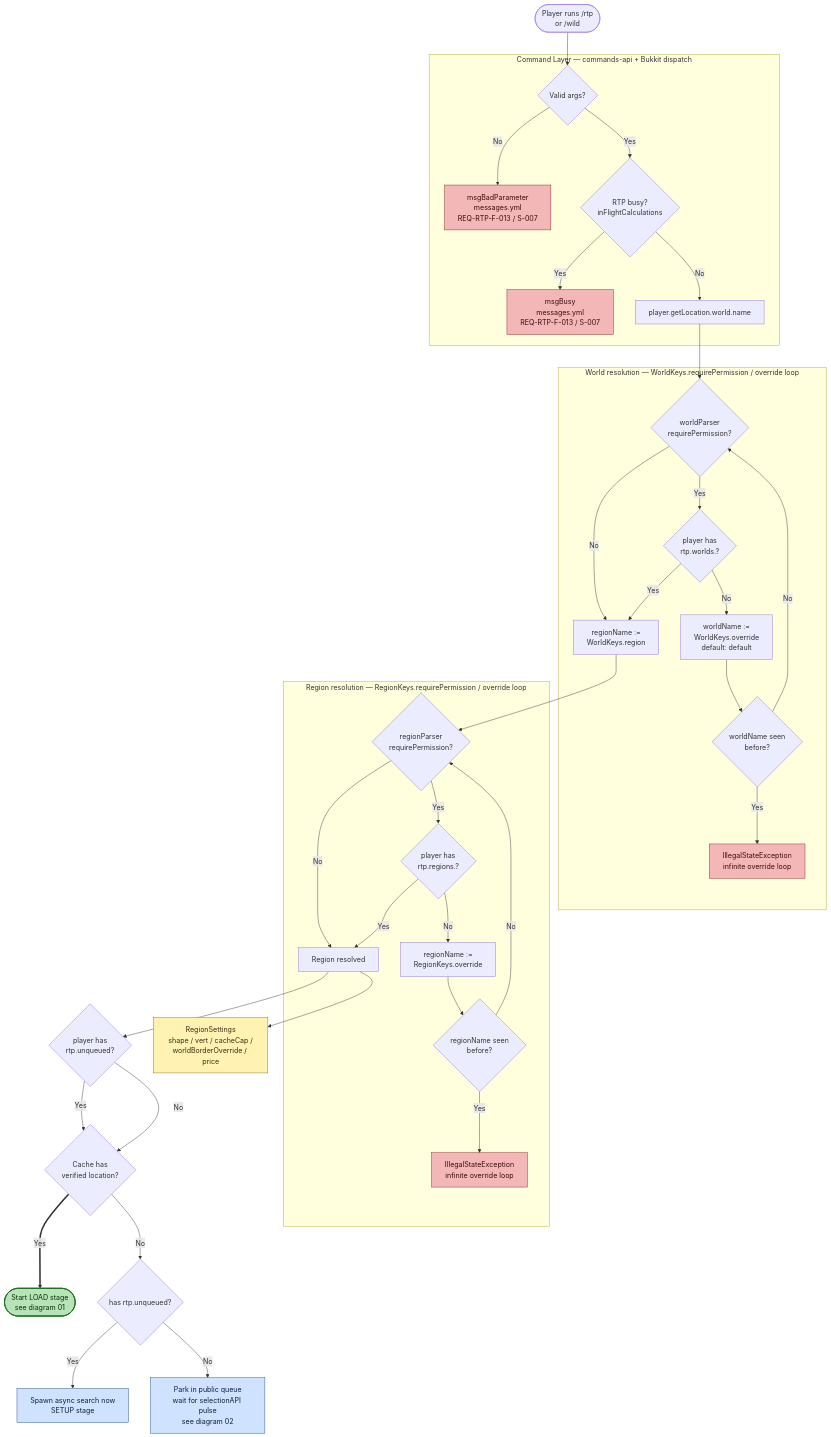
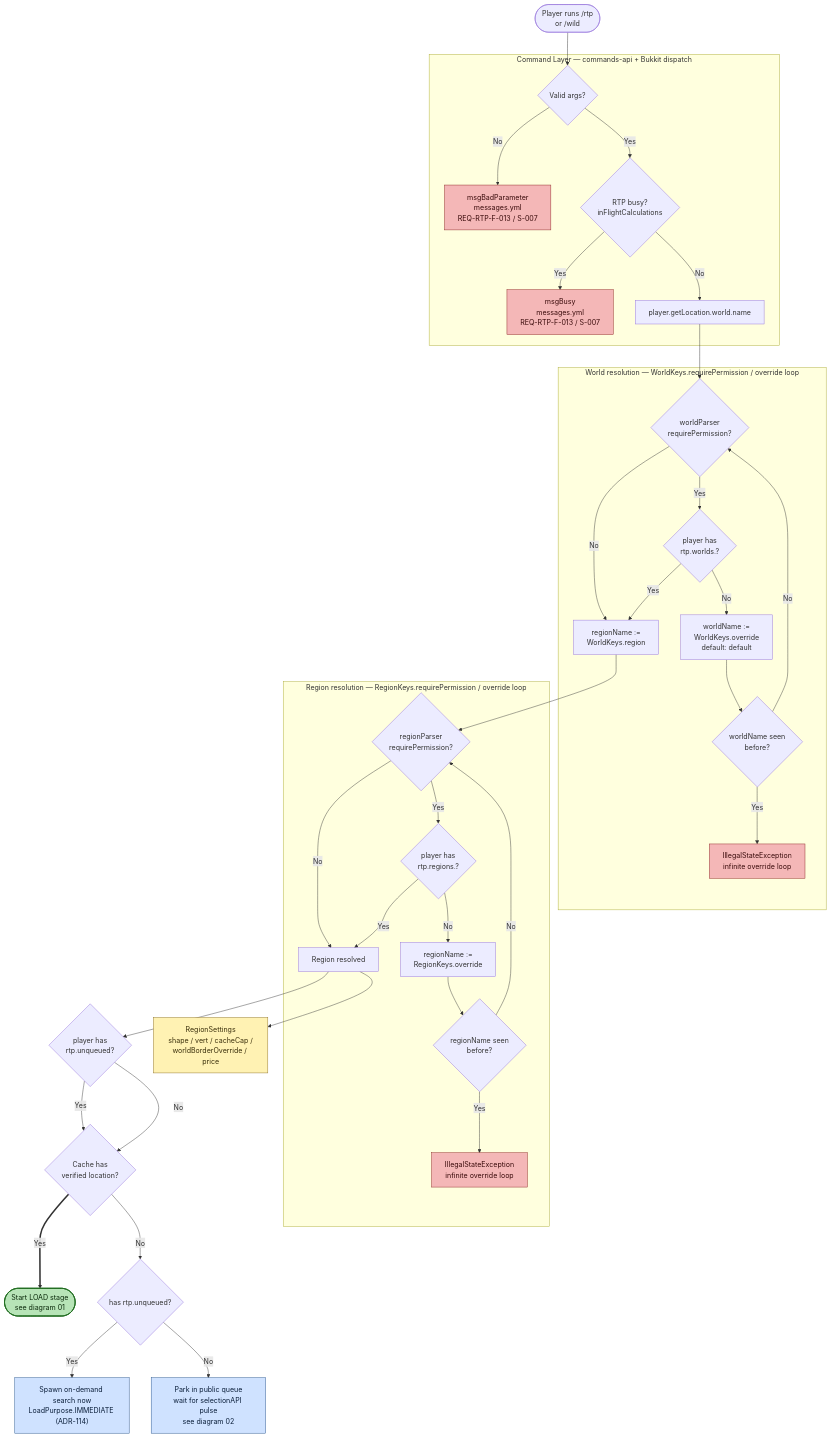
Before and after one commit to DailyStruggle/RTP: the diagram in docs/architecture/07-rtp-command-region-selection.md, drawn with Mermaid. The commit also changed other lines of this file and 223 other files, not shown here.

````diff
--- a/docs/architecture/07-rtp-command-region-selection.md
+++ b/docs/architecture/07-rtp-command-region-selection.md
@@ -11,56 +11,56 @@
 ```mermaid
 flowchart TD
     Start([Player runs /rtp<br/>or /wild]) --> CmdParse
 
 %% 1. Command layer decision
     subgraph CommandLayer [Command Layer — commands-api + Bukkit dispatch]
         CmdParse{Valid args?}
         CmdParse -- No --> MsgBad[msgBadParameter<br/>messages.yml<br/>REQ-RTP-F-013 / S-007]
         CmdParse -- Yes --> BusyCheck{RTP busy?<br/>inFlightCalculations}
         BusyCheck -- Yes --> MsgBusy[msgBusy<br/>messages.yml<br/>REQ-RTP-F-013 / S-007]
         BusyCheck -- No  --> ResolvePlayer
     end
 
 %% 2. World + Region selection (SelectionAPI.getRegion(player))
     subgraph WorldResolution [World resolution — WorldKeys.requirePermission / override loop]
         ResolvePlayer[player.getLocation.world.name] --> WorldPerm{worldParser<br/>requirePermission?}
         WorldPerm -- No  --> PickRegion
         WorldPerm -- Yes --> WorldHasPerm{player has<br/>rtp.worlds.<name>?}
         WorldHasPerm -- Yes --> PickRegion
         WorldHasPerm -- No  --> WorldOverride[worldName :=<br/>WorldKeys.override<br/>default: default]
         WorldOverride --> LoopGuardW{worldName seen<br/>before?}
         LoopGuardW -- Yes --> ThrowW[IllegalStateException<br/>infinite override loop]
         LoopGuardW -- No  --> WorldPerm
     end
 
     subgraph RegionResolution [Region resolution — RegionKeys.requirePermission / override loop]
         PickRegion[regionName :=<br/>WorldKeys.region] --> RegionPerm{regionParser<br/>requirePermission?}
         RegionPerm -- No  --> RegionReady
         RegionPerm -- Yes --> RegionHasPerm{player has<br/>rtp.regions.<name>?}
         RegionHasPerm -- Yes --> RegionReady
         RegionHasPerm -- No  --> RegionOverride[regionName :=<br/>RegionKeys.override]
         RegionOverride --> LoopGuardR{regionName seen<br/>before?}
         LoopGuardR -- Yes --> ThrowR[IllegalStateException<br/>infinite override loop]
         LoopGuardR -- No  --> RegionPerm
     end
 
 %% 3. Queue vs unqueued split
     RegionReady[Region resolved] --> UnqPerm{player has<br/>rtp.unqueued?}
     UnqPerm -- Yes --> CachePop{Cache has<br/>verified location?}
     UnqPerm -- No  --> CachePop
     CachePop == Yes ==> StartLOAD([Start LOAD stage<br/>see diagram 01]):::success
     CachePop -- No --> UnqPerm2{has rtp.unqueued?}
-    UnqPerm2 -- Yes --> AdHoc[Spawn async search now<br/>SETUP stage]:::async
+    UnqPerm2 -- Yes --> AdHoc["Spawn on-demand search now<br/>LoadPurpose.IMMEDIATE (ADR-114)"]:::async
     UnqPerm2 -- No  --> EnqueuePublic[Park in public queue<br/>wait for selectionAPI pulse<br/>see diagram 02]:::async
 
 %% 4. Per-region behavior is DATA, not code (see prose below)
     ShapeChoice[RegionSettings<br/>shape / vert / cacheCap /<br/>worldBorderOverride / price]:::data
     RegionReady --> ShapeChoice
 
 %% Color legend: green = happy path into LOAD, red = config-bug throws / bad-param, blue = async/queue work, yellow = data-driven settings
     classDef success fill:#b7e4b7,stroke:#1f6b1f,stroke-width:2px,color:#0b2a0b;
     classDef fail    fill:#f4b7b7,stroke:#8a1f1f,color:#3a0b0b;
     classDef async   fill:#cfe2ff,stroke:#1f4e8a,color:#0b1f3a;
     classDef data    fill:#fff2b3,stroke:#8a6d1f,color:#3a2f0b;
     class MsgBad,MsgBusy,ThrowW,ThrowR fail
 ```
````
